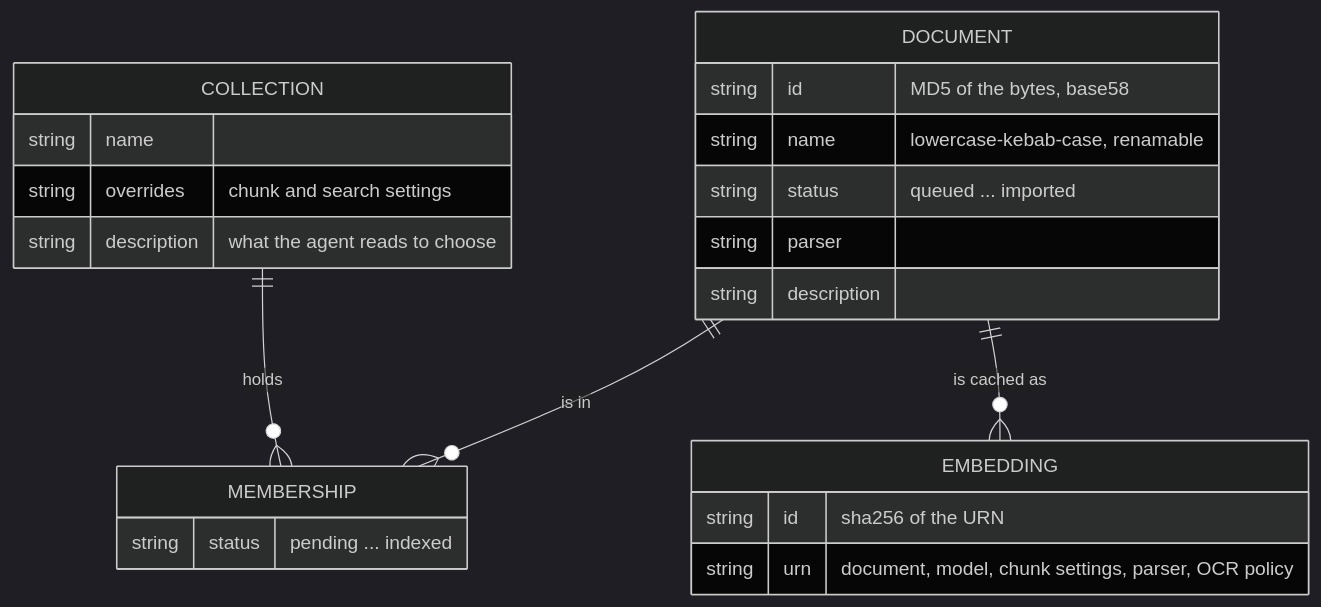
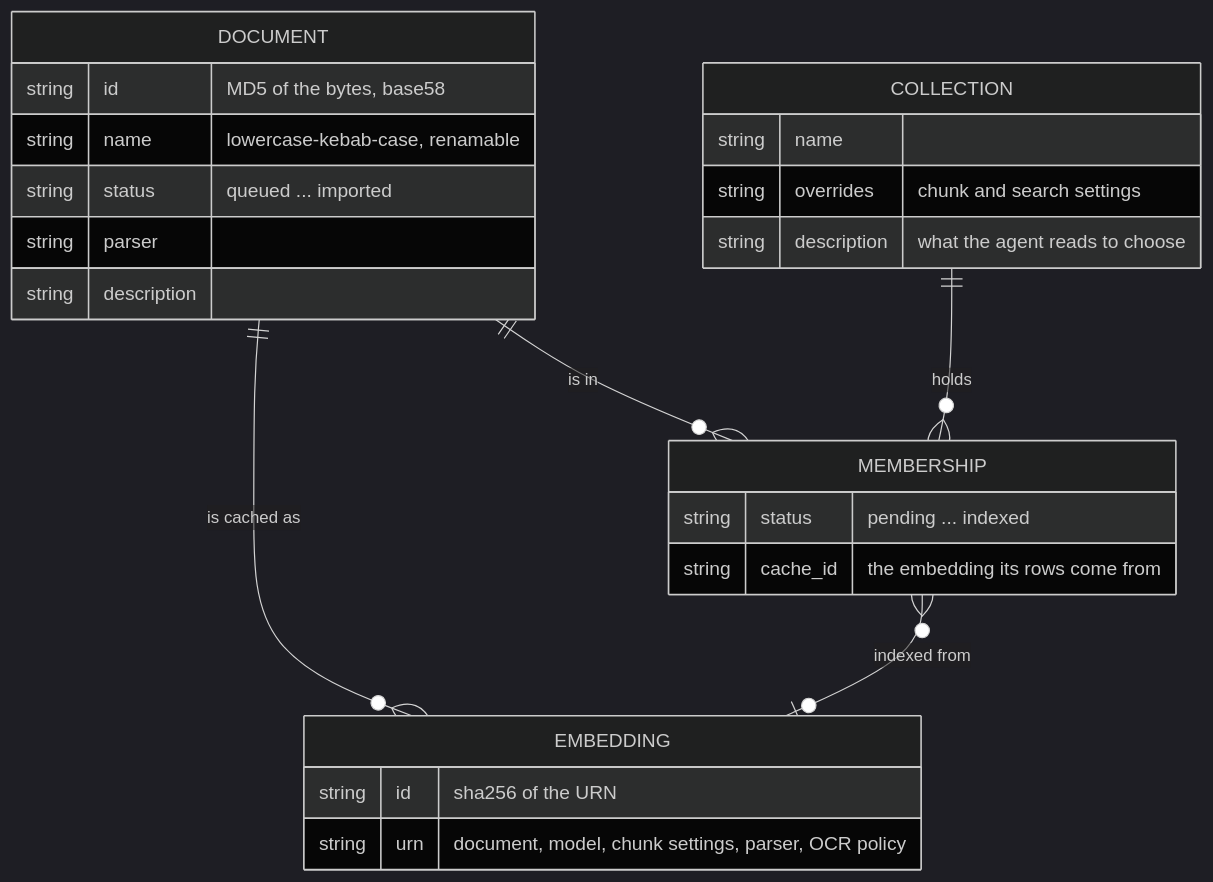
Before and after one commit to haskian/haskie: the first of 4 diagrams in docs/documents-and-collections.md, drawn with Mermaid (dark theme). The commit also changed other lines of this file and 74 other files, not shown here.

````diff
--- a/docs/documents-and-collections.md
+++ b/docs/documents-and-collections.md
@@ -7,25 +7,27 @@
 ```mermaid
 erDiagram
     DOCUMENT ||--o{ MEMBERSHIP : "is in"
     COLLECTION ||--o{ MEMBERSHIP : holds
     DOCUMENT ||--o{ EMBEDDING : "is cached as"
+    MEMBERSHIP }o--o| EMBEDDING : "indexed from"
     DOCUMENT {
         string id "MD5 of the bytes, base58"
         string name "lowercase-kebab-case, renamable"
         string status "queued ... imported"
         string parser
         string description
     }
     COLLECTION {
         string name
         string overrides "chunk and search settings"
         string description "what the agent reads to choose"
     }
     MEMBERSHIP {
         string status "pending ... indexed"
+        string cache_id "the embedding its rows come from"
     }
     EMBEDDING {
         string id "sha256 of the URN"
         string urn "document, model, chunk settings, parser, OCR policy"
     }
 ```
````
